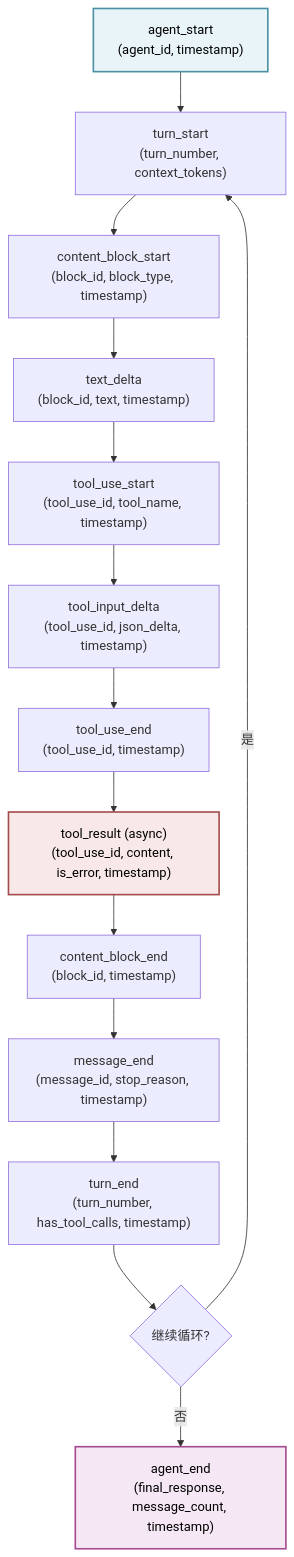
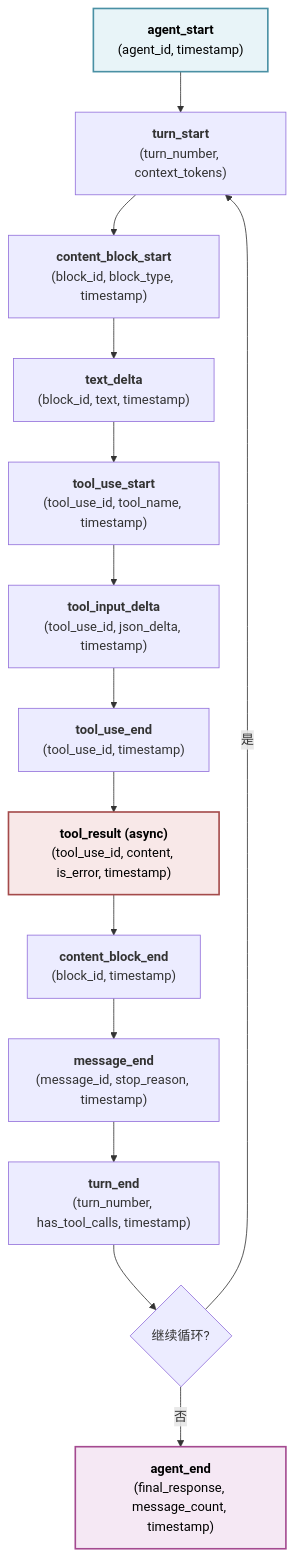
The second of 2 diagrams in 04_runtime/4.3_streaming.md (yeasy/harness_engineering_guide), drawn with Mermaid before and after one commit. The commit also changed other lines of this file and 26 other files, not shown here.

Commit message:
Add bold titles to Mermaid diagram nodes

````diff
--- a/04_runtime/4.3_streaming.md
+++ b/04_runtime/4.3_streaming.md
@@ -197,20 +197,20 @@
 ```mermaid
 graph TD
-    Start["agent_start<br/>(agent_id, timestamp)"] --> TurnStart["turn_start<br/>(turn_number, context_tokens)"]
-    TurnStart --> ContentStart["content_block_start<br/>(block_id, block_type, timestamp)"]
-    ContentStart --> TextDelta["text_delta<br/>(block_id, text, timestamp)"]
-    TextDelta --> ToolUseStart["tool_use_start<br/>(tool_use_id, tool_name, timestamp)"]
-    ToolUseStart --> ToolInputDelta["tool_input_delta<br/>(tool_use_id, json_delta, timestamp)"]
-    ToolInputDelta --> ToolUseEnd["tool_use_end<br/>(tool_use_id, timestamp)"]
-    ToolUseEnd --> ToolResult["tool_result (async)<br/>(tool_use_id, content, is_error, timestamp)"]
-    ToolResult --> ContentEnd["content_block_end<br/>(block_id, timestamp)"]
-    ContentEnd --> MessageEnd["message_end<br/>(message_id, stop_reason, timestamp)"]
-    MessageEnd --> TurnEnd["turn_end<br/>(turn_number, has_tool_calls, timestamp)"]
+    Start["<b>agent_start</b><br/>(agent_id, timestamp)"] --> TurnStart["<b>turn_start</b><br/>(turn_number, context_tokens)"]
+    TurnStart --> ContentStart["<b>content_block_start</b><br/>(block_id, block_type, timestamp)"]
+    ContentStart --> TextDelta["<b>text_delta</b><br/>(block_id, text, timestamp)"]
+    TextDelta --> ToolUseStart["<b>tool_use_start</b><br/>(tool_use_id, tool_name, timestamp)"]
+    ToolUseStart --> ToolInputDelta["<b>tool_input_delta</b><br/>(tool_use_id, json_delta, timestamp)"]
+    ToolInputDelta --> ToolUseEnd["<b>tool_use_end</b><br/>(tool_use_id, timestamp)"]
+    ToolUseEnd --> ToolResult["<b>tool_result (async)</b><br/>(tool_use_id, content, is_error, timestamp)"]
+    ToolResult --> ContentEnd["<b>content_block_end</b><br/>(block_id, timestamp)"]
+    ContentEnd --> MessageEnd["<b>message_end</b><br/>(message_id, stop_reason, timestamp)"]
+    MessageEnd --> TurnEnd["<b>turn_end</b><br/>(turn_number, has_tool_calls, timestamp)"]
     TurnEnd --> Decision{继续循环?}
     Decision -->|是| TurnStart
-    Decision -->|否| AgentEnd["agent_end<br/>(final_response, message_count, timestamp)"]
+    Decision -->|否| AgentEnd["<b>agent_end</b><br/>(final_response, message_count, timestamp)"]
 
     style Start fill:#e8f4f8,stroke:#4a90a4,stroke-width:2px,color:#000000
     style AgentEnd fill:#f5e8f4,stroke:#a44a90,stroke-width:2px,color:#000000
     style ToolResult fill:#f8e8e8,stroke:#a44a4a,stroke-width:2px,color:#000000
 ```
````
